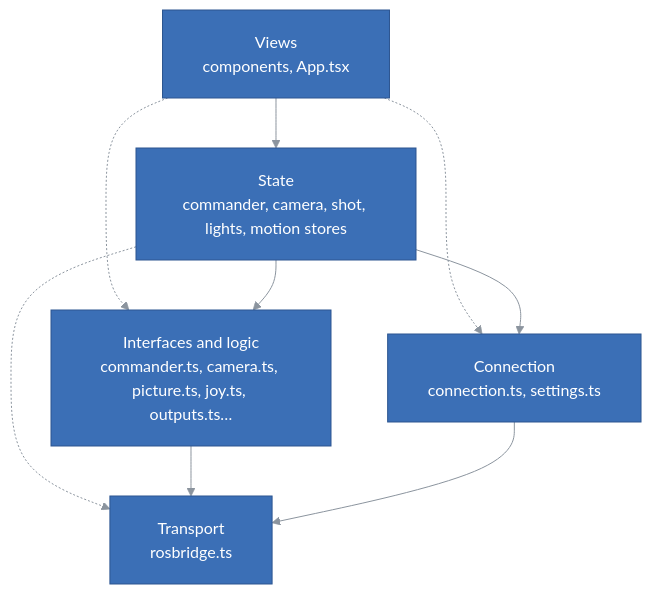
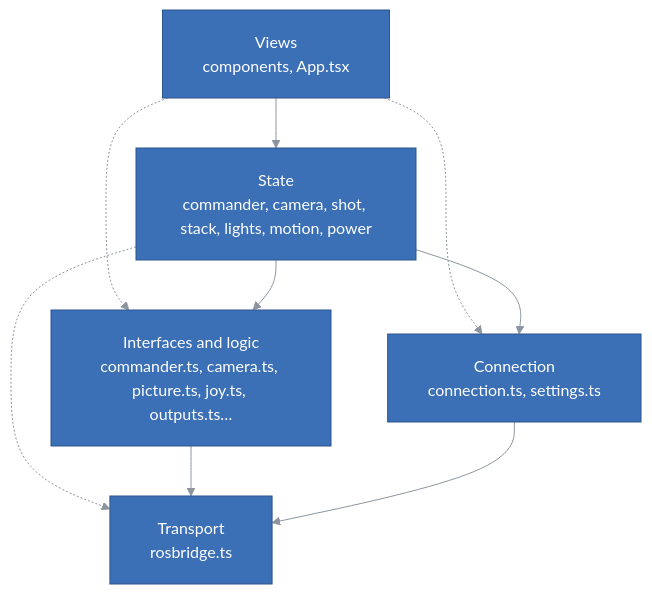
The second of 5 diagrams in ui/docs/ARCHITECTURE.md (kineticsystem/stepit-macro), drawn with Mermaid before and after one commit. The commit also changed other lines of this file and 2 other files, not shown here.

First line of the commit message:
Review the system at cf03a80; the rig's architecture document

````diff
--- a/ui/docs/ARCHITECTURE.md
+++ b/ui/docs/ARCHITECTURE.md
@@ -131,73 +129,73 @@
 ```mermaid
 ---
 config:
   theme: base
   themeCSS: ".edgeLabel p { padding: 4px 10px; }"
   flowchart:
     padding: 20
     nodeSpacing: 40
     rankSpacing: 50
   class:
     padding: 16
   sequence:
     boxMargin: 12
     boxTextMargin: 8
     noteMargin: 28
     messageMargin: 40
     actorMargin: 60
     labelBoxWidth: 56
     labelBoxHeight: 28
   themeVariables:
     primaryColor: "#3b6fb6"
     primaryTextColor: "#ffffff"
     primaryBorderColor: "#2c5590"
     lineColor: "#8b949e"
     textColor: "#4d86d6"
     actorBkg: "#3b6fb6"
     actorBorder: "#2c5590"
     actorTextColor: "#ffffff"
     actorLineColor: "#8b949e"
     signalColor: "#8b949e"
     signalTextColor: "#4d86d6"
     noteBkgColor: "#3b6fb6"
     noteTextColor: "#ffffff"
     noteBorderColor: "#2c5590"
     secondaryColor: "#3b6fb6"
     tertiaryColor: "#3b6fb6"
     clusterBkg: "transparent"
     clusterBorder: "#8b949e"
     titleColor: "#4d86d6"
     edgeLabelBackground: "#3b6fb6"
     classText: "#ffffff"
     labelBoxBkgColor: "#3b6fb6"
     labelBoxBorderColor: "#2c5590"
     labelTextColor: "#ffffff"
     loopTextColor: "#4d86d6"
     mainBkg: "#3b6fb6"
     nodeBorder: "#2c5590"
     nodeTextColor: "#ffffff"
     secondaryBorderColor: "#2c5590"
     secondaryTextColor: "#ffffff"
     tertiaryBorderColor: "#2c5590"
     tertiaryTextColor: "#ffffff"
     errorBkgColor: "#3b6fb6"
     errorTextColor: "#ffffff"
 ---
 flowchart TD
     Views["Views<br/>components, App.tsx"]
-    Stores["State<br/>commander, camera, shot, lights, motion stores"]
+    Stores["State<br/>commander, camera, shot, stack, lights, motion, power"]
     Interfaces["Interfaces and logic<br/>commander.ts, camera.ts, picture.ts, joy.ts, outputs.ts…"]
     Connection["Connection<br/>connection.ts, settings.ts"]
     Transport["Transport<br/>rosbridge.ts"]
 
     Views --> Stores
     Views -.-> Interfaces
     Views -.-> Connection
     Stores --> Interfaces
     Stores --> Connection
     Stores -.-> Transport
     Interfaces --> Transport
     Connection --> Transport
 
     classDef default fill:#3b6fb6,stroke:#2c5590,color:#ffffff
 ```
````
